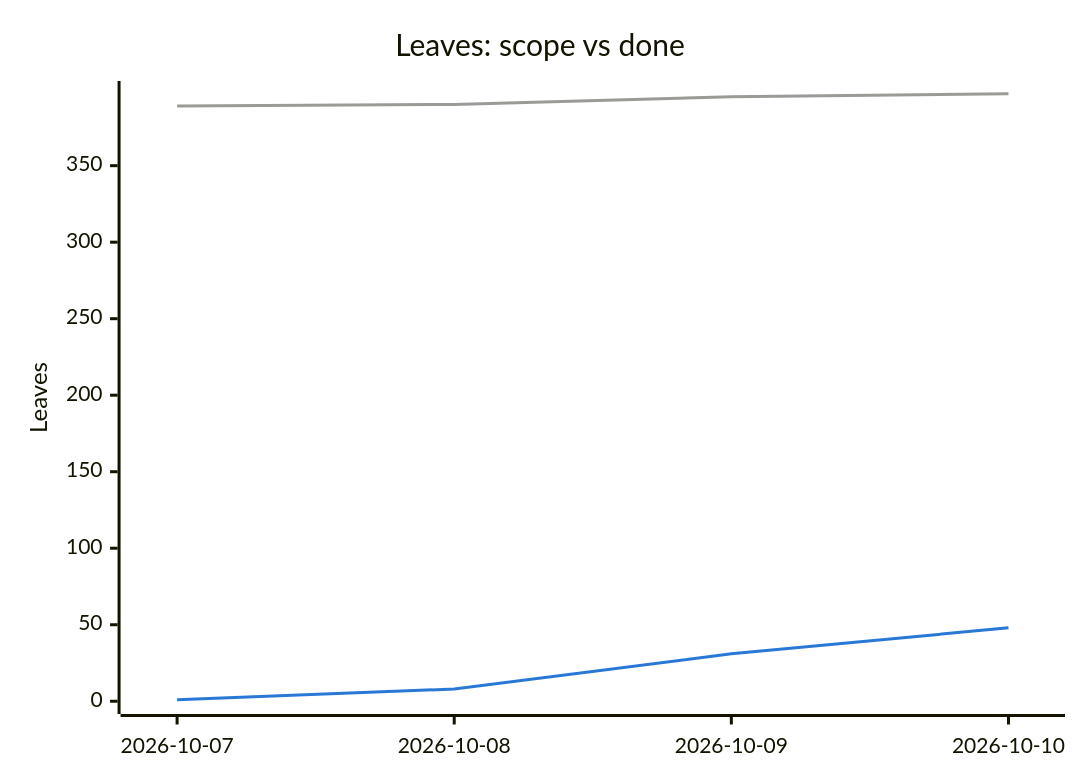
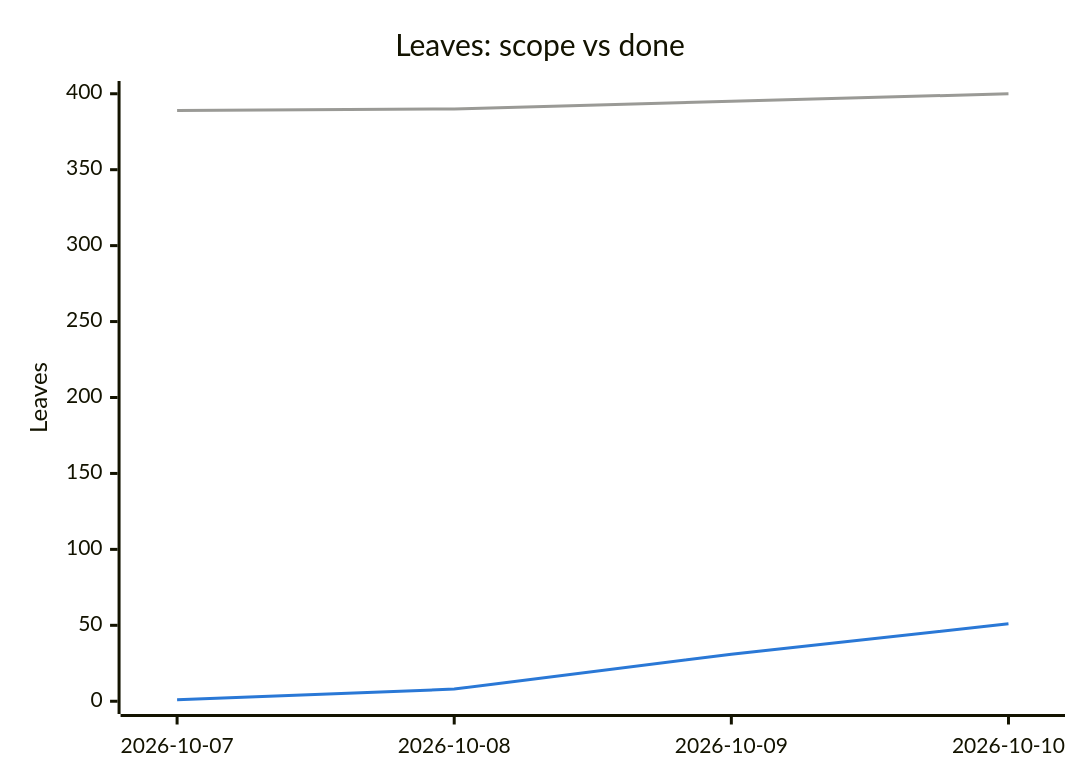
The second of 2 diagrams in PROGRESS.md (tomiok/persiaDB), drawn with Mermaid before and after one commit. The commit also changed other lines of this file and 10 other files, not shown here.

First line of the commit message:
fix(format): address batch review of 1.4.1-1.4.3; tick ROADMAP 1.4

````diff
--- a/PROGRESS.md
+++ b/PROGRESS.md
@@ -105,14 +105,14 @@
 ```mermaid
 ---
 config:
   themeVariables:
     xyChart:
       plotColorPalette: "#9a9a96, #2a78d6"
 ---
 xychart-beta
   title "Leaves: scope vs done"
   x-axis ["2026-10-07", "2026-10-08", "2026-10-09", "2026-10-10"]
-  y-axis "Leaves" 0 --> 397
-  line [389, 390, 395, 397]
-  line [1, 8, 31, 48]
+  y-axis "Leaves" 0 --> 400
+  line [389, 390, 395, 400]
+  line [1, 8, 31, 51]
 ```
````
